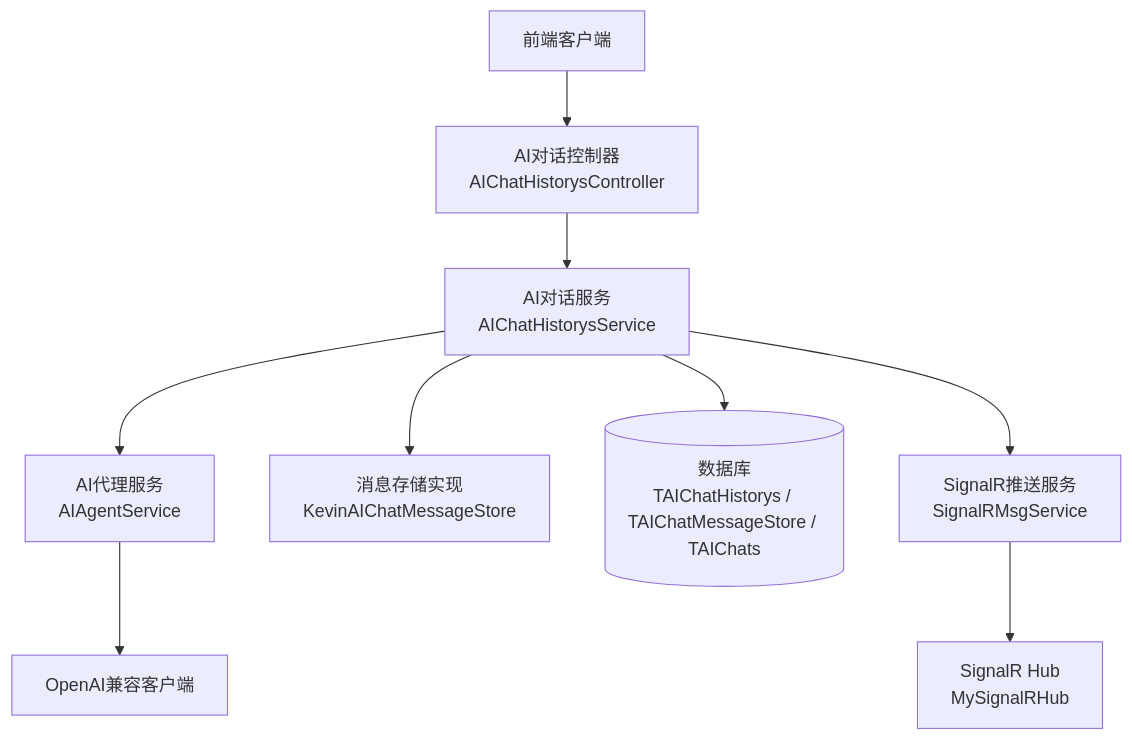
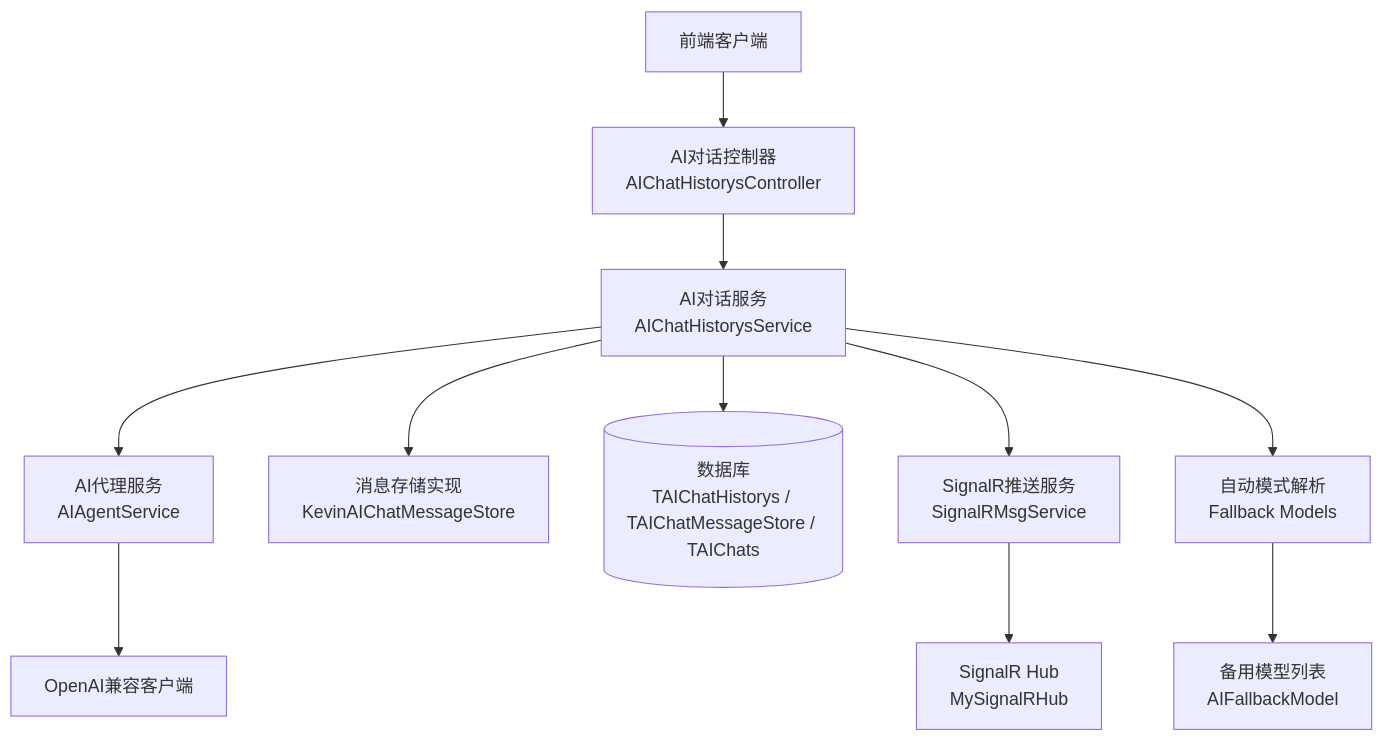
The first of 7 diagrams in .qoder/repowiki/zh/content/核心模块/AI智能助手/聊天对话.md (junkai-li/NetCoreKevin), drawn with Mermaid before and after one commit. The commit also changed other lines of this file and 7 other files, not shown here.

````diff
--- a/.qoder/repowiki/zh/content/核心模块/AI智能助手/聊天对话.md
+++ b/.qoder/repowiki/zh/content/核心模块/AI智能助手/聊天对话.md
@@ -42,11 +51,13 @@
 ```mermaid
 graph TB
 Client["前端客户端"] --> API["AI对话控制器<br/>AIChatHistorysController"]
 API --> Svc["AI对话服务<br/>AIChatHistorysService"]
 Svc --> Agent["AI代理服务<br/>AIAgentService"]
 Svc --> Store["消息存储实现<br/>KevinAIChatMessageStore"]
 Svc --> DB[("数据库<br/>TAIChatHistorys / TAIChatMessageStore / TAIChats")]
 Svc --> SignalR["SignalR推送服务<br/>SignalRMsgService"]
 Agent --> OpenAI["OpenAI兼容客户端"]
 SignalR --> Hub["SignalR Hub<br/>MySignalRHub"]
+Svc --> AutoMode["自动模式解析<br/>Fallback Models"]
+AutoMode --> Fallback["备用模型列表<br/>AIFallbackModel"]
 ```
````
